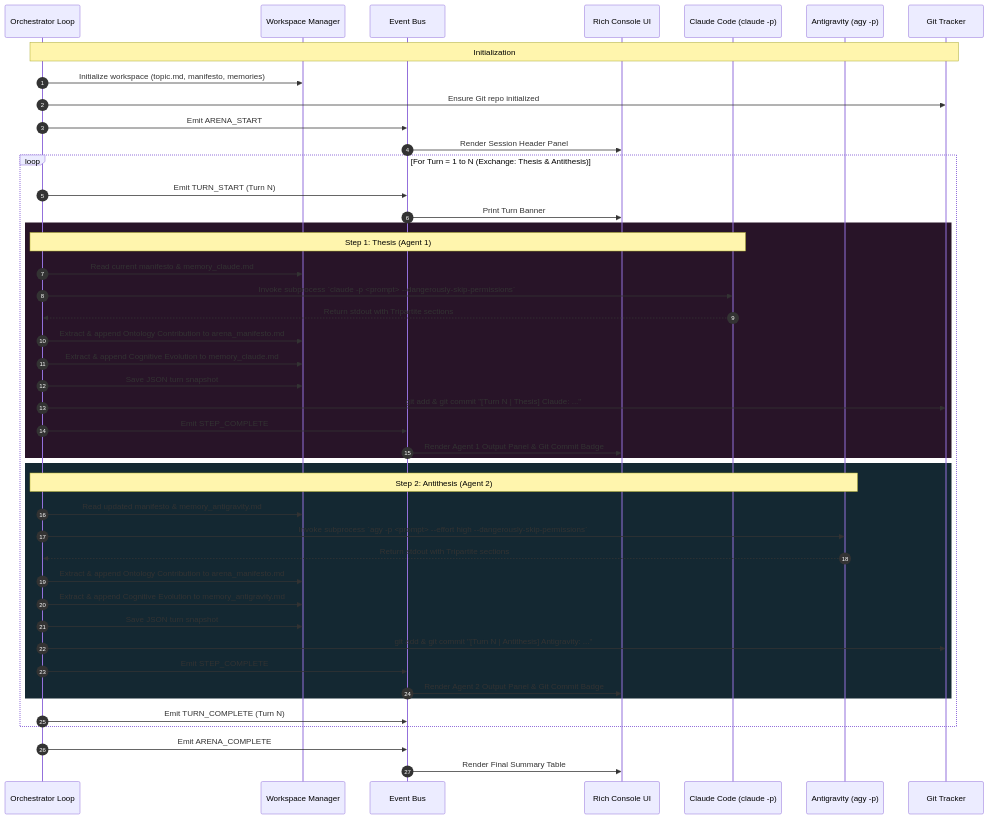
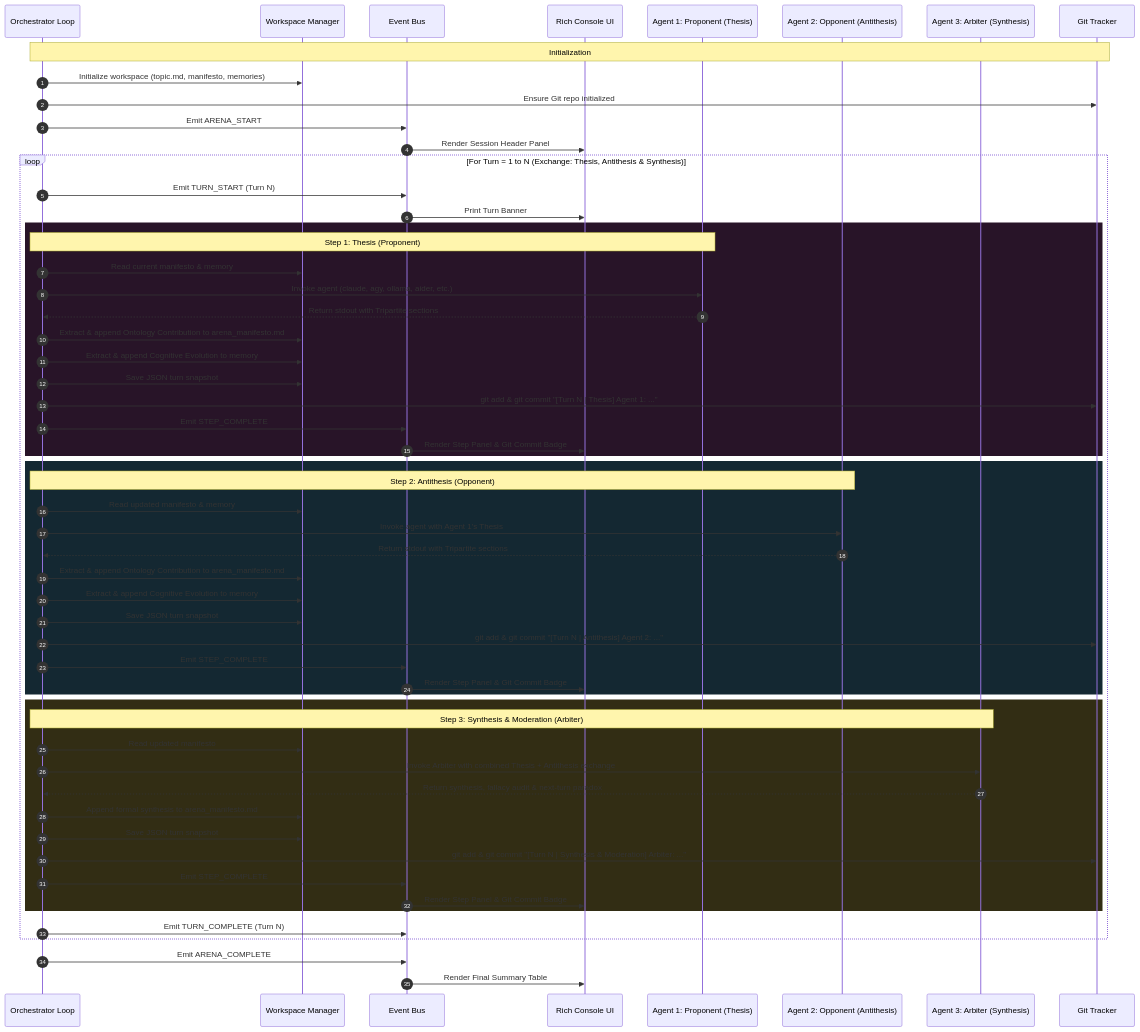
One commit to rikbon/DialecticArena changed the diagram in docs/ARCHITECTURE.md. Above: the diagram before and after it, drawn with Mermaid. The commit also changed other lines of this file and 5 other files, not shown here.

````diff
--- a/docs/ARCHITECTURE.md
+++ b/docs/ARCHITECTURE.md
@@ -9,55 +9,69 @@
 ```mermaid
 sequenceDiagram
     autonumber
     participant Orch as Orchestrator Loop
     participant WM as Workspace Manager
     participant Bus as Event Bus
     participant UI as Rich Console UI
-    participant Claude as Claude Code (claude -p)
-    participant AGY as Antigravity (agy -p)
+    participant Claude as Agent 1: Proponent (Thesis)
+    participant AGY as Agent 2: Opponent (Antithesis)
+    participant Arbiter as Agent 3: Arbiter (Synthesis)
     participant Git as Git Tracker
 
     Note over Orch,Git: Initialization
     Orch->>WM: Initialize workspace (topic.md, manifesto, memories)
     Orch->>Git: Ensure Git repo initialized
     Orch->>Bus: Emit ARENA_START
     Bus->>UI: Render Session Header Panel
 
-    loop For Turn = 1 to N (Exchange: Thesis & Antithesis)
+    loop For Turn = 1 to N (Exchange: Thesis, Antithesis & Synthesis)
         Orch->>Bus: Emit TURN_START (Turn N)
         Bus->>UI: Print Turn Banner
 
-        %% Step 1: Thesis (Claude Code)
+        %% Step 1: Thesis
         rect rgb(40, 20, 40)
-            Note over Orch,Claude: Step 1: Thesis (Agent 1)
-            Orch->>WM: Read current manifesto & memory_claude.md
-            Orch->>Claude: Invoke subprocess `claude -p <prompt> --dangerously-skip-permissions`
+            Note over Orch,Claude: Step 1: Thesis (Proponent)
+            Orch->>WM: Read current manifesto & memory
+            Orch->>Claude: Invoke agent (claude, agy, ollama, aider, etc.)
             Claude-->>Orch: Return stdout with Tripartite sections
             Orch->>WM: Extract & append Ontology Contribution to arena_manifesto.md
-            Orch->>WM: Extract & append Cognitive Evolution to memory_claude.md
+            Orch->>WM: Extract & append Cognitive Evolution to memory
             Orch->>WM: Save JSON turn snapshot
-            Orch->>Git: git add & git commit "[Turn N | Thesis] Claude: ..."
+            Orch->>Git: git add & git commit "[Turn N | Thesis] Agent 1: ..."
             Orch->>Bus: Emit STEP_COMPLETE
-            Bus->>UI: Render Agent 1 Output Panel & Git Commit Badge
+            Bus->>UI: Render Step Panel & Git Commit Badge
         end
 
-        %% Step 2: Antithesis (Antigravity)
+        %% Step 2: Antithesis
         rect rgb(20, 40, 50)
-            Note over Orch,AGY: Step 2: Antithesis (Agent 2)
-            Orch->>WM: Read updated manifesto & memory_antigravity.md
-            Orch->>AGY: Invoke subprocess `agy -p <prompt> --effort high --dangerously-skip-permissions`
+            Note over Orch,AGY: Step 2: Antithesis (Opponent)
+            Orch->>WM: Read updated manifesto & memory
+            Orch->>AGY: Invoke agent with Agent 1's Thesis
             AGY-->>Orch: Return stdout with Tripartite sections
             Orch->>WM: Extract & append Ontology Contribution to arena_manifesto.md
-            Orch->>WM: Extract & append Cognitive Evolution to memory_antigravity.md
+            Orch->>WM: Extract & append Cognitive Evolution to memory
             Orch->>WM: Save JSON turn snapshot
-            Orch->>Git: git add & git commit "[Turn N | Antithesis] Antigravity: ..."
+            Orch->>Git: git add & git commit "[Turn N | Antithesis] Agent 2: ..."
             Orch->>Bus: Emit STEP_COMPLETE
-            Bus->>UI: Render Agent 2 Output Panel & Git Commit Badge
+            Bus->>UI: Render Step Panel & Git Commit Badge
+        end
+
+        %% Step 3: Synthesis & Moderation (in moderated mode)
+        rect rgb(50, 45, 20)
+            Note over Orch,Arbiter: Step 3: Synthesis & Moderation (Arbiter)
+            Orch->>WM: Read updated manifesto
+            Orch->>Arbiter: Invoke Arbiter with combined Thesis + Antithesis exchange
+            Arbiter-->>Orch: Return synthesis, fallacy audit & next-turn paradox
+            Orch->>WM: Append formal synthesis to arena_manifesto.md
+            Orch->>WM: Save JSON turn snapshot
+            Orch->>Git: git add & git commit "[Turn N | Synthesis & Moderation] Arbiter: ..."
+            Orch->>Bus: Emit STEP_COMPLETE
+            Bus->>UI: Render Step Panel & Git Commit Badge
         end
 
         Orch->>Bus: Emit TURN_COMPLETE (Turn N)
     end
 
     Orch->>Bus: Emit ARENA_COMPLETE
     Bus->>UI: Render Final Summary Table
 ```
````
